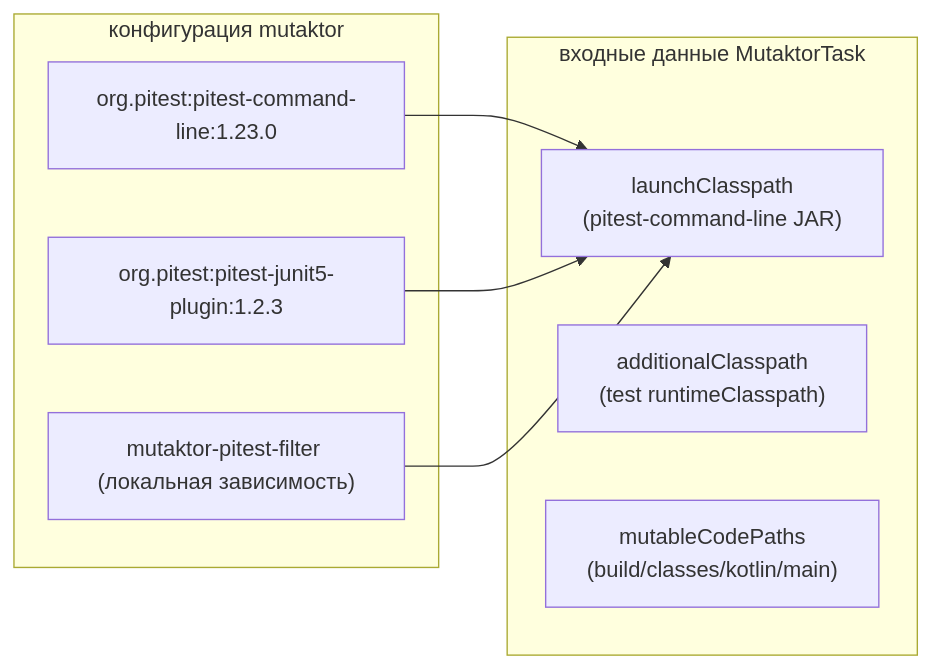
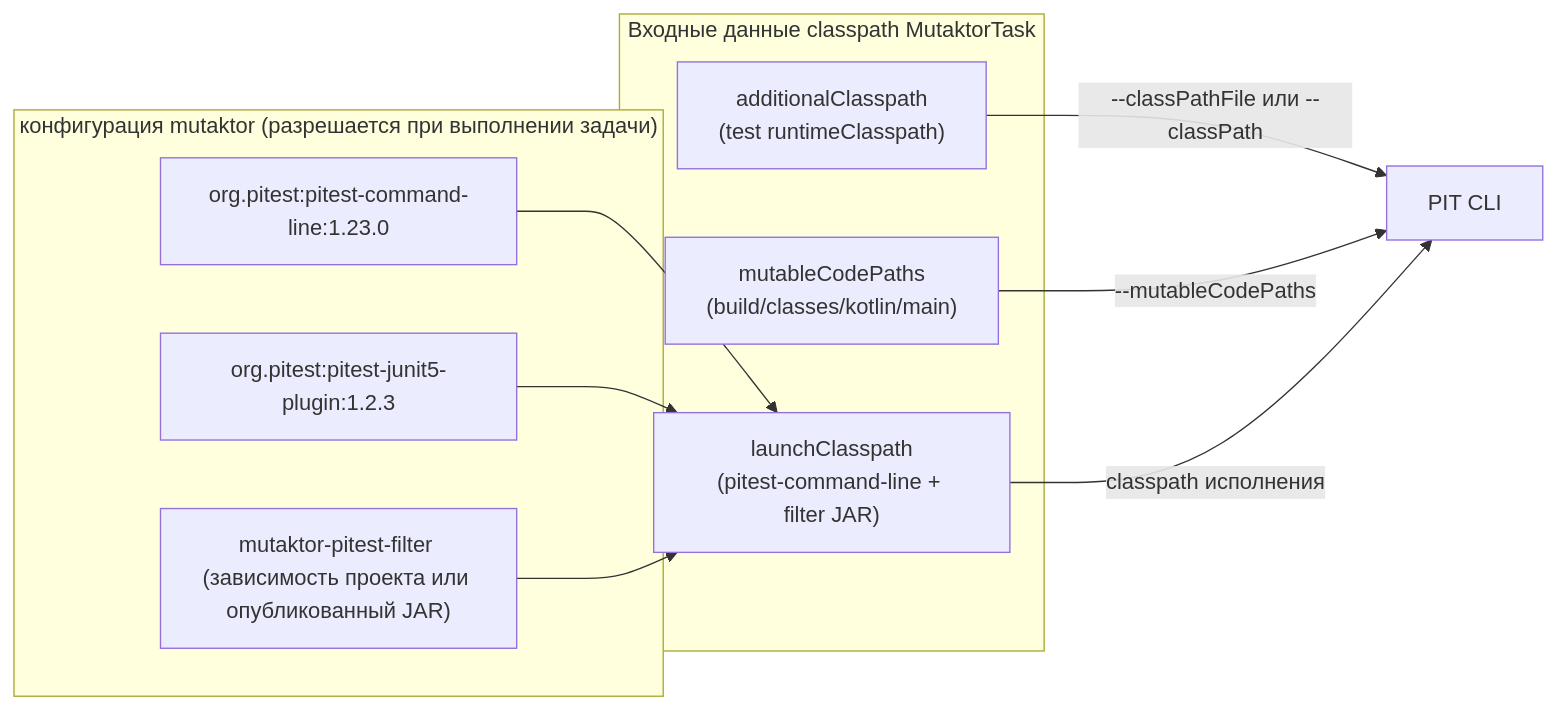
The second of 6 diagrams in docs/ru/01-architecture.md (ioplane/mutaktor), drawn with Mermaid before and after one commit. The commit also changed other lines of this file and 13 other files, not shown here.

````diff
--- a/docs/ru/01-architecture.md
+++ b/docs/ru/01-architecture.md
@@ -79,16 +119,21 @@
 ```mermaid
 flowchart LR
-    subgraph "конфигурация mutaktor"
+    subgraph "конфигурация mutaktor (разрешается при выполнении задачи)"
         P1["org.pitest:pitest-command-line:1.23.0"]
         P2["org.pitest:pitest-junit5-plugin:1.2.3"]
-        P3["mutaktor-pitest-filter (локальная зависимость)"]
+        P3["mutaktor-pitest-filter (зависимость проекта или опубликованный JAR)"]
     end
-    subgraph "входные данные MutaktorTask"
-        C1["launchClasspath\n(pitest-command-line JAR)"]
+
+    subgraph "Входные данные classpath MutaktorTask"
+        C1["launchClasspath\n(pitest-command-line + filter JAR)"]
         C2["additionalClasspath\n(test runtimeClasspath)"]
         C3["mutableCodePaths\n(build/classes/kotlin/main)"]
     end
+
     P1 --> C1
     P2 --> C1
     P3 --> C1
+    C2 -->|"--classPathFile или --classPath"| PIT["PIT CLI"]
+    C3 -->|"--mutableCodePaths"| PIT
+    C1 -->|"classpath исполнения"| PIT
 ```
````
